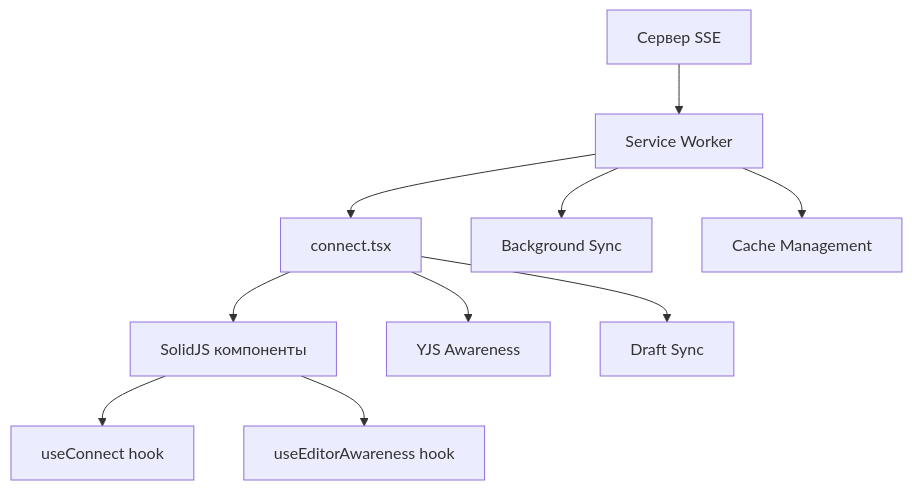
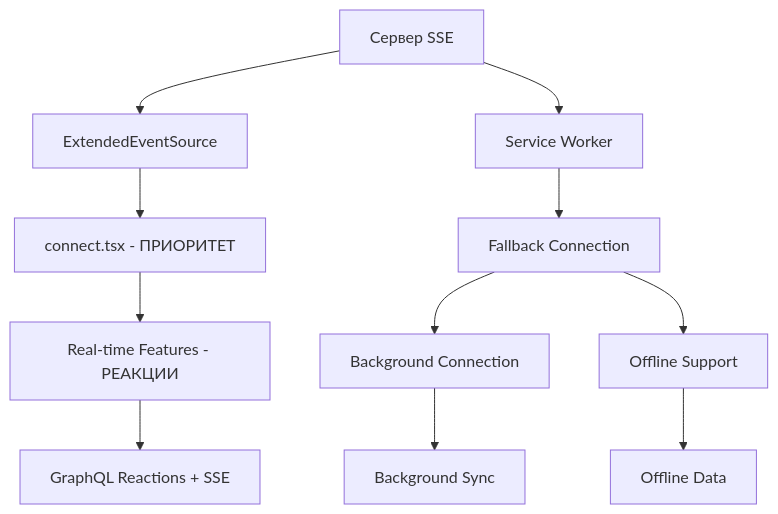
The third of 4 diagrams in docs/sse.md (discours/discoursio-webapp), drawn with Mermaid before and after one commit. The commit also changed other lines of this file and 5 other files, not shown here.

````diff
--- a/docs/sse.md
+++ b/docs/sse.md
@@ -24,15 +84,17 @@
 ```mermaid
 graph TD
-    A[Сервер SSE] --> B[Service Worker]
-    B --> C[connect.tsx]
-    C --> D[SolidJS компоненты]
+    A[Сервер SSE] --> B[ExtendedEventSource]
+    A --> C[Service Worker]
     
-    B --> E[Background Sync]
-    B --> F[Cache Management]
+    B --> D[connect.tsx - ПРИОРИТЕТ]
+    C --> E[Fallback Connection]
     
-    C --> G[YJS Awareness]
-    C --> H[Draft Sync]
+    D --> F[Real-time Features - РЕАКЦИИ]
     
-    D --> I[useConnect hook]
-    D --> J[useEditorAwareness hook]
+    E --> G[Background Connection]
+    E --> H[Offline Support]
+    
+    F --> I[GraphQL Reactions + SSE]
+    G --> J[Background Sync]
+    H --> K[Offline Data]
 ```
````
